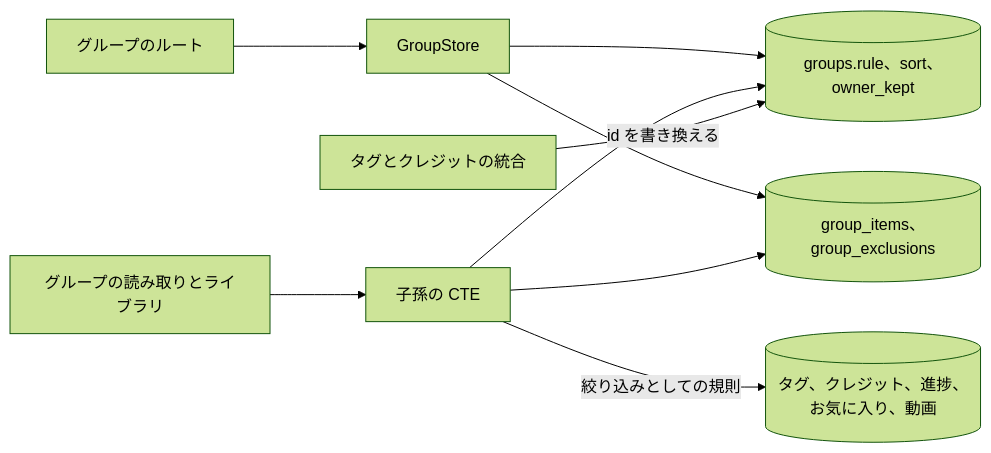
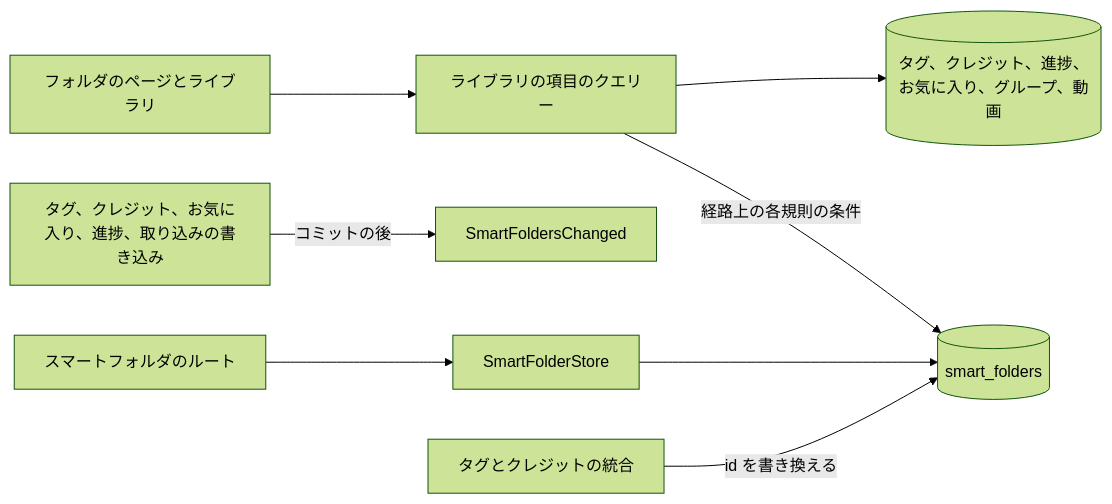
One commit to syudead/vv changed the first of 2 diagrams in translations/ja/specs/052-smart-folders/plan.md. Above: the diagram before and after it, drawn with Mermaid (forest theme). The commit also changed other lines of this file and 4 other files, not shown here.

First line of the commit message:
docs(052): Japanese translation of the revised smart folders plan

````diff
--- a/translations/ja/specs/052-smart-folders/plan.md
+++ b/translations/ja/specs/052-smart-folders/plan.md
@@ -18,11 +18,10 @@
 ```mermaid
 flowchart LR
-  edit[グループのルート] --> store[GroupStore]
-  store --> groups[(groups.rule、sort、owner_kept)]
-  store --> items[(group_items、group_exclusions)]
-  read[グループの読み取りとライブラリ] --> cte[子孫の CTE]
-  cte --> groups
-  cte --> items
-  cte -->|絞り込みとしての規則| facts[(タグ、クレジット、進捗、お気に入り、動画)]
-  merge[タグとクレジットの統合] -->|id を書き換える| groups
+  edit[スマートフォルダのルート] --> store[SmartFolderStore]
+  store --> sf[(smart_folders)]
+  read[フォルダのページとライブラリ] --> items[ライブラリの項目のクエリー]
+  items -->|経路上の各規則の条件| sf
+  items --> facts[(タグ、クレジット、進捗、お気に入り、グループ、動画)]
+  writes[タグ、クレジット、お気に入り、進捗、取り込みの書き込み] -->|コミットの後| ev[SmartFoldersChanged]
+  merge[タグとクレジットの統合] -->|id を書き換える| sf
 ```
````
